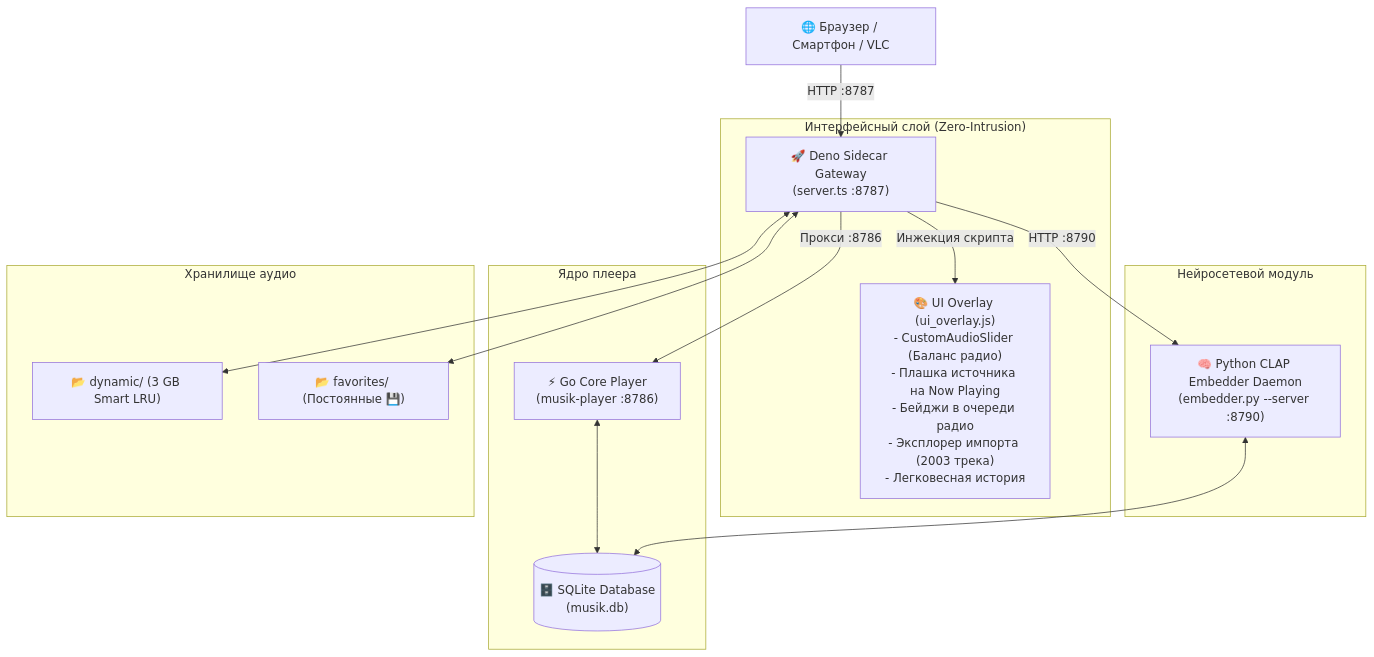
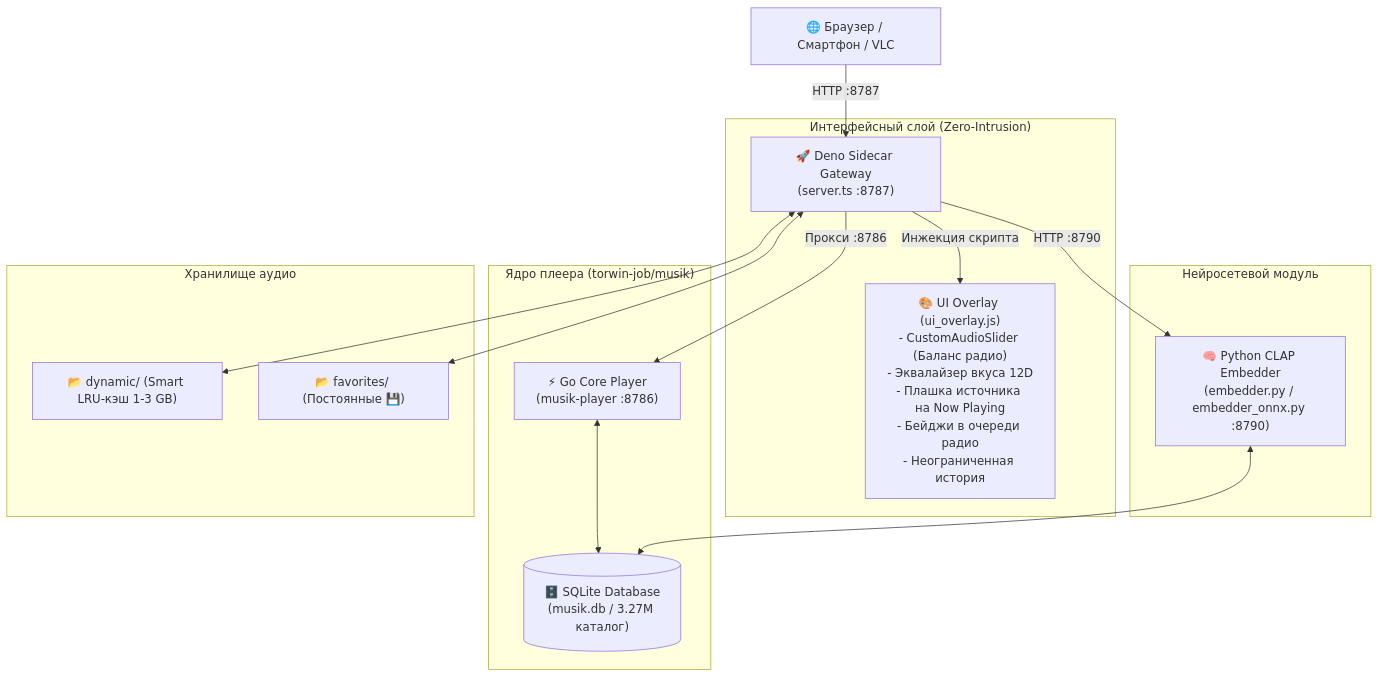
One commit to akchurinruslanadv-blip/mus changed the diagram in README.md. Above: the diagram before and after it, drawn with Mermaid. The commit also changed other lines of this file, not shown here.

Commit message:
docs: update README with respectful architectural additions, 3.27M catalog specs, and VPS guide

````diff
--- a/README.md
+++ b/README.md
@@ -96,23 +94,23 @@
 ```mermaid
 flowchart TD
     Client["🌐 Браузер / Смартфон / VLC"] -->|HTTP :8787| Sidecar["🚀 Deno Sidecar Gateway\n(server.ts :8787)"]
     
     subgraph UI ["Интерфейсный слой (Zero-Intrusion)"]
-        Sidecar -->|Инжекция скрипта| Overlay["🎨 UI Overlay (ui_overlay.js)\n- CustomAudioSlider (Баланс радио)\n- Плашка источника на Now Playing\n- Бейджи в очереди радио\n- Эксплорер импорта (2003 трека)\n- Легковесная история"]
+        Sidecar -->|Инжекция скрипта| Overlay["🎨 UI Overlay (ui_overlay.js)\n- CustomAudioSlider (Баланс радио)\n- Эквалайзер вкуса 12D\n- Плашка источника на Now Playing\n- Бейджи в очереди радио\n- Неограниченная история"]
     end
 
-    subgraph Core ["Ядро плеера"]
+    subgraph Core ["Ядро плеера (torwin-job/musik)"]
         Sidecar -->|Прокси :8786| GoCore["⚡ Go Core Player\n(musik-player :8786)"]
-        GoCore <--> SQLite[("🗄️ SQLite Database\n(musik.db)")]
+        GoCore <--> SQLite[("🗄️ SQLite Database\n(musik.db / 3.27M каталог)")]
     end
 
     subgraph Intelligence ["Нейросетевой модуль"]
-        Sidecar -->|HTTP :8790| Daemon["🧠 Python CLAP Embedder Daemon\n(embedder.py --server :8790)"]
+        Sidecar -->|HTTP :8790| Daemon["🧠 Python CLAP Embedder\n(embedder.py / embedder_onnx.py :8790)"]
         Daemon <--> SQLite
     end
 
     subgraph Storage ["Хранилище аудио"]
-        Sidecar <--> DynamicCache["📂 dynamic/ (3 GB Smart LRU)"]
+        Sidecar <--> DynamicCache["📂 dynamic/ (Smart LRU-кэш 1-3 GB)"]
         Sidecar <--> PinnedStorage["📂 favorites/ (Постоянные 💾)"]
     end
 ```
````
